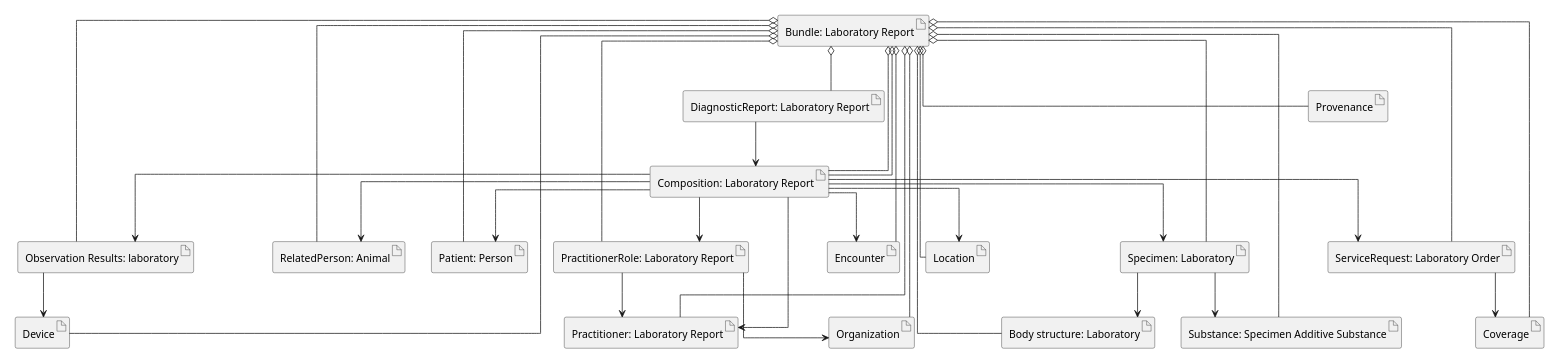
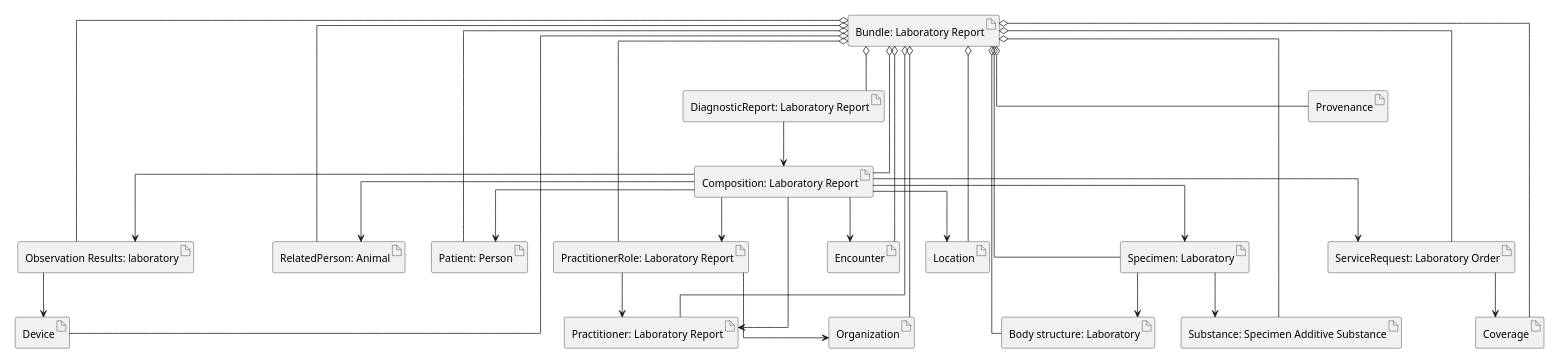
The diagram in input/images-source/document-overview.plantuml (hl7-eu/laboratory), drawn with PlantUML before and after one commit. The commit also changed 6 other files, not shown here.

```diff
--- a/input/images-source/document-overview.plantuml
+++ b/input/images-source/document-overview.plantuml
@@ -1,80 +1,79 @@
 @startuml
 
 skinparam linetype ortho
 scale 0.5
 
 
-artifact "Bundle: Laboratory Report" as bundle
-artifact "Composition: Laboratory Report" as composition
-artifact "DiagnosticReport: Laboratory Report" as diagnosticReport
-artifact "Observation Results: laboratory" as result
-artifact "RelatedPerson: Animal" as animalSpecimen
-artifact "Patient: Person" as humanPatient
-artifact "Practitioner: Laboratory Report" as Practitioner
-artifact "PractitionerRole: Laboratory Report" as PractitionerRole
-artifact "ServiceRequest: Laboratory Order" as ServiceRequest
-artifact "Specimen: Laboratory" as Specimen
-artifact "Body structure: Laboratory" as bodyStructure
-artifact "Substance: Specimen Additive Substance" as Substance
+artifact "Bundle: Laboratory Report" as doc_bundle
+artifact "Composition: Laboratory Report" as doc_composition
+artifact "DiagnosticReport: Laboratory Report" as doc_diagnosticReport
+artifact "Observation Results: laboratory" as doc_result
+artifact "RelatedPerson: Animal" as doc_animalSpecimen
+artifact "Patient: Person" as doc_humanPatient
+artifact "Practitioner: Laboratory Report" as doc_Practitioner
+artifact "PractitionerRole: Laboratory Report" as doc_PractitionerRole
+artifact "ServiceRequest: Laboratory Order" as doc_ServiceRequest
+artifact "Specimen: Laboratory" as doc_Specimen
+artifact "Body structure: Laboratory" as doc_bodyStructure
+artifact "Substance: Specimen Additive Substance" as doc_Substance
 
-artifact Organization
-artifact Encounter
-artifact Location
-artifact Provenance
-artifact Coverage
-artifact Device
+artifact "Organization" as doc_Organization
+artifact "Encounter" as doc_Encounter
+artifact "Location" as doc_Location
+artifact "Provenance" as doc_Provenance
+artifact "Coverage" as doc_Coverage
+artifact "Device" as doc_Device
 
 
-url of bundle is  [[StructureDefinition-Bundle-eu-lab.html]]
-url of composition is  [[StructureDefinition-Composition-eu-lab.html]]
-url of diagnosticReport is  [[StructureDefinition-DiagnosticReport-eu-lab.html]]
-url of result [[StructureDefinition-Observation-resultslab-eu-lab.html]]
-url of humanPatient [[https://hl7.eu/fhir/base/StructureDefinition-patient-eu-core.html]]
-url of animalSpecimen [[StructureDefinition-animal-specimen-eu-lab.html]]
-url of Practitioner [[https://hl7.eu/fhir/base/StructureDefinition-practitioner-eu-core.html]]
-url of PractitionerRole [[https://hl7.eu/fhir/base/StructureDefinition-practitionerRole-eu-core.html]]
-url of ServiceRequest [[StructureDefinition-ServiceRequest-eu-lab.html]]
-url of Specimen [[StructureDefinition-Specimen-eu-lab.html]]
-url of Substance [[StructureDefinition-Substance-additive-eu-lab.html]]
-url of bodyStructure [[https://hl7.eu/fhir/base/StructureDefinition-bodyStructure-eu-core.html]]
+url of doc_bundle is  [[StructureDefinition-Bundle-eu-lab.html]]
+url of doc_composition is  [[StructureDefinition-Composition-eu-lab.html]]
+url of doc_diagnosticReport is  [[StructureDefinition-DiagnosticReport-eu-lab.html]]
+url of doc_result [[StructureDefinition-Observation-resultslab-eu-lab.html]]
+url of doc_humanPatient [[https://hl7.eu/fhir/base/StructureDefinition-patient-eu-core.html]]
+url of doc_animalSpecimen [[StructureDefinition-animal-specimen-eu-lab.html]]
+url of doc_Practitioner [[https://hl7.eu/fhir/base/StructureDefinition-practitioner-eu-core.html]]
+url of doc_PractitionerRole [[https://hl7.eu/fhir/base/StructureDefinition-practitionerRole-eu-core.html]]
+url of doc_ServiceRequest [[StructureDefinition-ServiceRequest-eu-lab.html]]
+url of doc_Specimen [[StructureDefinition-Specimen-eu-lab.html]]
+url of doc_Substance [[StructureDefinition-Substance-additive-eu-lab.html]]
+url of doc_bodyStructure [[https://hl7.eu/fhir/base/StructureDefinition-bodyStructure-eu-core.html]]
 
-bundle o-- composition
-bundle o-- diagnosticReport
-bundle o-- result
-bundle o-- humanPatient
-bundle o-- animalSpecimen
-bundle o-- composition
-bundle o-- Practitioner
-bundle o-- PractitionerRole
-bundle o-- ServiceRequest
-bundle o-- Specimen
-bundle o-- Substance
-bundle o-- bodyStructure
-bundle o-- Organization
-bundle o-- Encounter
-bundle o-- Location
-bundle o-- Provenance
-bundle o-- Coverage
-bundle o-- Device
+doc_bundle o-- doc_diagnosticReport
+doc_bundle o-- doc_result
+doc_bundle o-- doc_humanPatient
+doc_bundle o-- doc_animalSpecimen
+doc_bundle o-- doc_composition
+doc_bundle o-- doc_Practitioner
+doc_bundle o-- doc_PractitionerRole
+doc_bundle o-- doc_ServiceRequest
+doc_bundle o-- doc_Specimen
+doc_bundle o-- doc_Substance
+doc_bundle o-- doc_bodyStructure
+doc_bundle o-- doc_Organization
+doc_bundle o-- doc_Encounter
+doc_bundle o-- doc_Location
+doc_bundle o-- doc_Provenance
+doc_bundle o-- doc_Coverage
+doc_bundle o-- doc_Device
 
-composition --> result
-composition --> animalSpecimen
-composition --> humanPatient
-composition --> Practitioner
-composition --> PractitionerRole
-composition --> ServiceRequest
-composition --> Specimen
-composition --> Location
-composition --> Encounter
+doc_composition --> doc_result
+doc_composition --> doc_animalSpecimen
+doc_composition --> doc_humanPatient
+doc_composition --> doc_Practitioner
+doc_composition --> doc_PractitionerRole
+doc_composition --> doc_ServiceRequest
+doc_composition --> doc_Specimen
+doc_composition --> doc_Location
+doc_composition --> doc_Encounter
 
 
-diagnosticReport --> composition
-Specimen --> Substance
-Specimen --> bodyStructure
-PractitionerRole --> Practitioner
-PractitionerRole --> Organization
-result --> Device
-ServiceRequest --> Coverage
+doc_diagnosticReport --> doc_composition
+doc_Specimen --> doc_Substance
+doc_Specimen --> doc_bodyStructure
+doc_PractitionerRole --> doc_Practitioner
+doc_PractitionerRole --> doc_Organization
+doc_result --> doc_Device
+doc_ServiceRequest --> doc_Coverage
 
 
 @enduml
```
